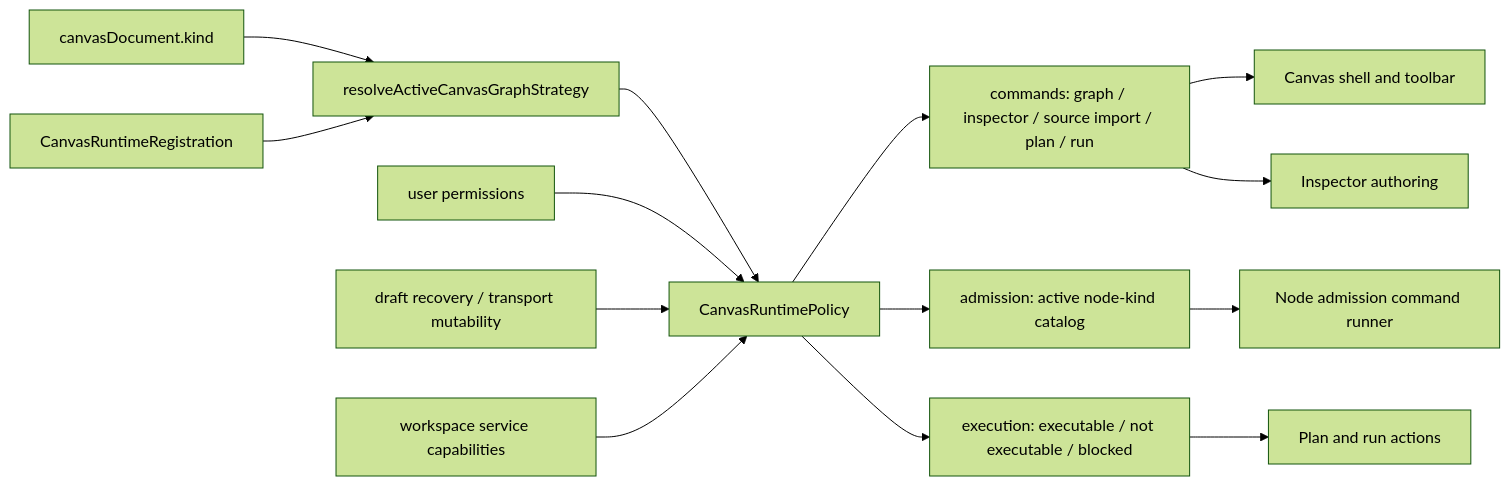
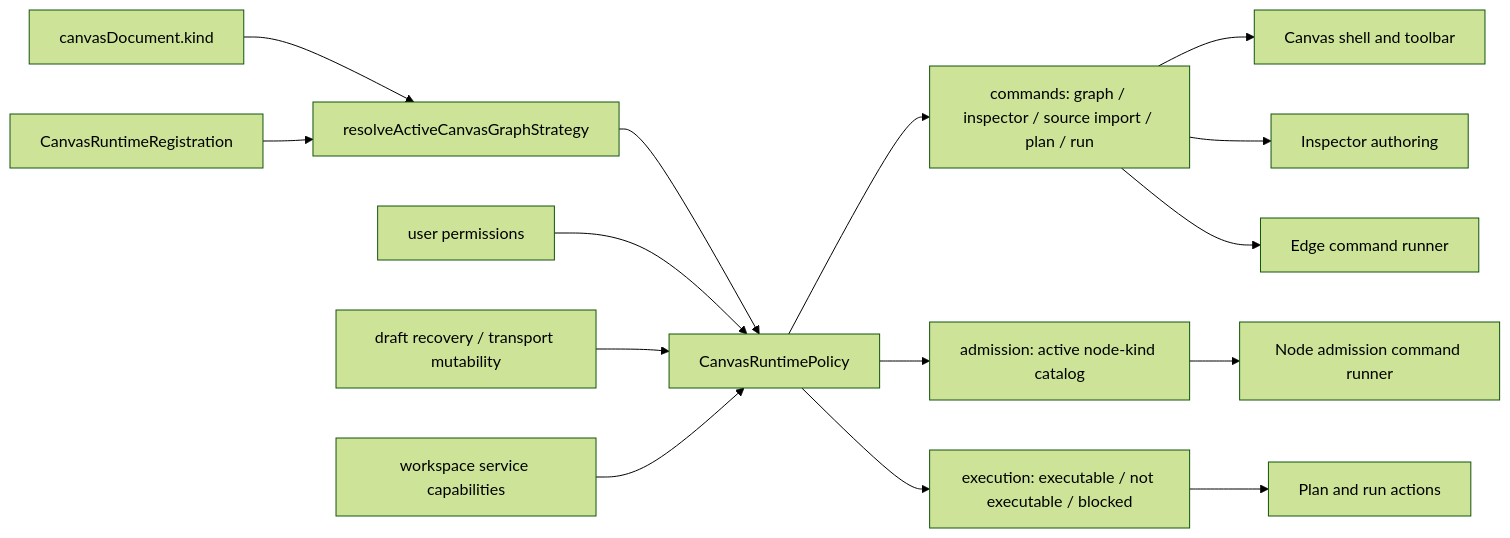
One commit to dunay2/dvt changed the fifth of 8 diagrams in docs/architecture/components/web/graph/graph-frontend-architecture.md. Above: the diagram before and after it, drawn with Mermaid (forest theme). The commit also changed other lines of this file and 11 other files, not shown here.

Commit message:
fix(web): Serialize Canvas edge command effects

````diff
--- a/docs/architecture/components/web/graph/graph-frontend-architecture.md
+++ b/docs/architecture/components/web/graph/graph-frontend-architecture.md
@@ -266,18 +272,19 @@
 ```mermaid
 flowchart LR
   Document["canvasDocument.kind"] --> Resolver["resolveActiveCanvasGraphStrategy"]
   Registrations["CanvasRuntimeRegistration"] --> Resolver
   Resolver --> Policy["CanvasRuntimePolicy"]
   Permissions["user permissions"] --> Policy
   Draft["draft recovery / transport mutability"] --> Policy
   Services["workspace service capabilities"] --> Policy
 
   Policy --> Commands["commands: graph / inspector / source import / plan / run"]
   Policy --> Admission["admission: active node-kind catalog"]
   Policy --> Execution["execution: executable / not executable / blocked"]
 
   Commands --> Shell["Canvas shell and toolbar"]
   Commands --> Inspector["Inspector authoring"]
   Admission --> NodeRunner["Node admission command runner"]
+  Commands --> EdgeRunner["Edge command runner"]
   Execution --> PlanRun["Plan and run actions"]
 ```
````
